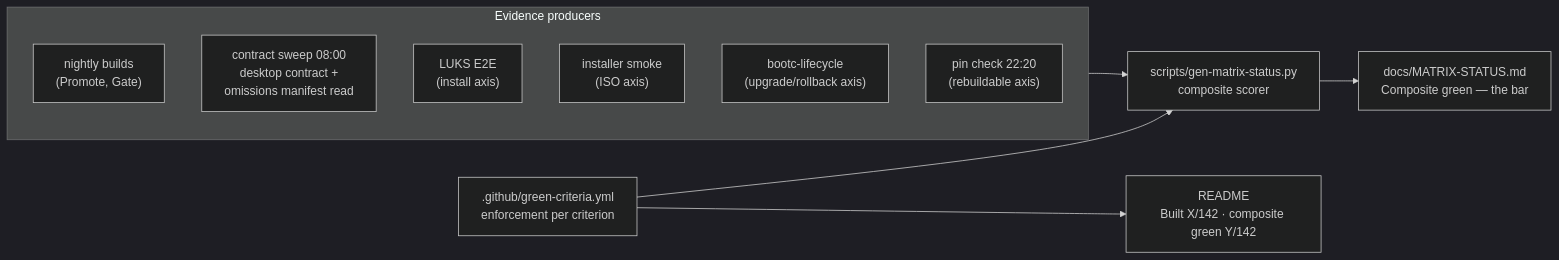
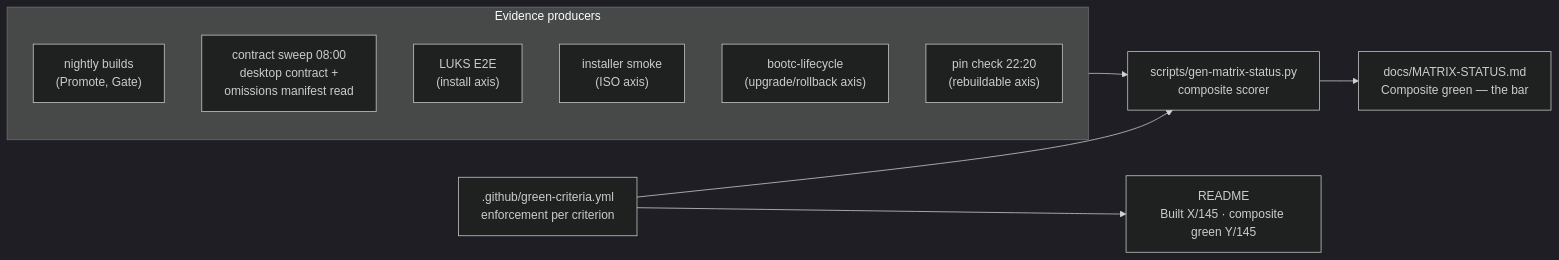
The fifth of 5 diagrams in docs/DEVELOPER-GUIDE.md (tuna-os/tunaOS), drawn with Mermaid (dark theme) before and after one commit. The commit also changed other lines of this file and 2 other files, not shown here.

````diff
--- a/docs/DEVELOPER-GUIDE.md
+++ b/docs/DEVELOPER-GUIDE.md
@@ -245,20 +245,20 @@
 ```mermaid
 flowchart LR
     subgraph evidence["Evidence producers"]
         BLD["nightly builds<br/>(Promote, Gate)"]
         SWEEP["contract sweep 08:00<br/>desktop contract +<br/>omissions manifest read"]
         LUKS["LUKS E2E<br/>(install axis)"]
         ISO["installer smoke<br/>(ISO axis)"]
         LC["bootc-lifecycle<br/>(upgrade/rollback axis)"]
         PIN["pin check 22:20<br/>(rebuildable axis)"]
     end
     CRIT[".github/green-criteria.yml<br/>enforcement per criterion"]
     GEN["scripts/gen-matrix-status.py<br/>composite scorer"]
     MS["docs/MATRIX-STATUS.md<br/>Composite green — the bar"]
-    RM["README<br/>Built X/142 · composite green Y/142"]
+    RM["README<br/>Built X/145 · composite green Y/145"]
 
     evidence --> GEN
     CRIT --> GEN
     GEN --> MS
     CRIT --> RM
 ```
````
